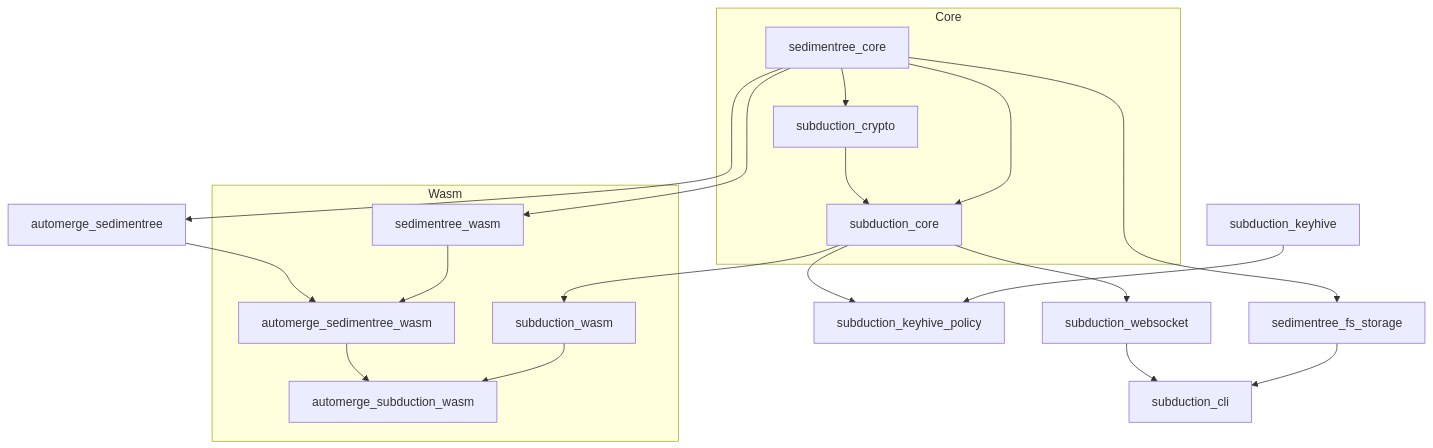
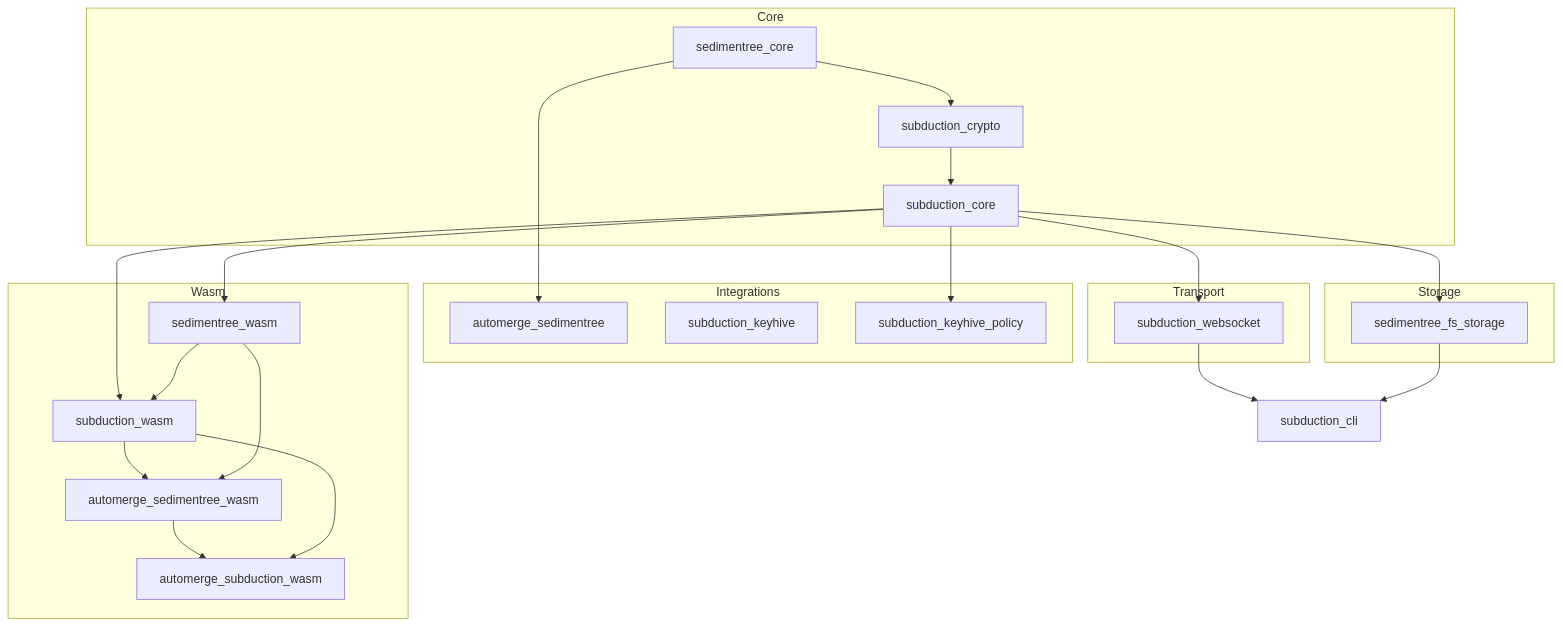
Before and after one commit to inkandswitch/subduction: the diagram in README.md, drawn with Mermaid. The commit also changed 6 other files, not shown here.

````diff
--- a/README.md
+++ b/README.md
@@ -29,43 +29,53 @@
 ```mermaid
 graph TD
     subgraph Core
         sedimentree_core
         subduction_crypto
         subduction_core
     end
 
-    sedimentree_fs_storage
-    automerge_sedimentree
-    subduction_websocket
-    subduction_cli
-    subduction_keyhive
-    subduction_keyhive_policy
+    subgraph Storage
+        sedimentree_fs_storage
+    end
+
+    subgraph Transport
+        subduction_websocket
+    end
+
+    subgraph Integrations
+        automerge_sedimentree
+        subduction_keyhive
+        subduction_keyhive_policy
+    end
 
     subgraph Wasm
         sedimentree_wasm
         subduction_wasm
         automerge_sedimentree_wasm
         automerge_subduction_wasm
     end
 
+    subduction_cli
+
     sedimentree_core --> subduction_crypto
     subduction_crypto --> subduction_core
-    sedimentree_core --> subduction_core
+
     sedimentree_core --> automerge_sedimentree
-    sedimentree_core --> sedimentree_fs_storage
-    sedimentree_core --> sedimentree_wasm
 
+    subduction_core --> sedimentree_fs_storage
     subduction_core --> subduction_websocket
+    subduction_core --> subduction_keyhive_policy
+
+    subduction_core --> sedimentree_wasm
     subduction_core --> subduction_wasm
-    subduction_core --> subduction_keyhive_policy
-    subduction_keyhive --> subduction_keyhive_policy
+    sedimentree_wasm --> subduction_wasm
 
-    subduction_websocket --> subduction_cli
-    sedimentree_fs_storage --> subduction_cli
-
-    automerge_sedimentree --> automerge_sedimentree_wasm
+    subduction_wasm --> automerge_sedimentree_wasm
     sedimentree_wasm --> automerge_sedimentree_wasm
 
     automerge_sedimentree_wasm --> automerge_subduction_wasm
     subduction_wasm --> automerge_subduction_wasm
+
+    subduction_websocket --> subduction_cli
+    sedimentree_fs_storage --> subduction_cli
 ```
````
